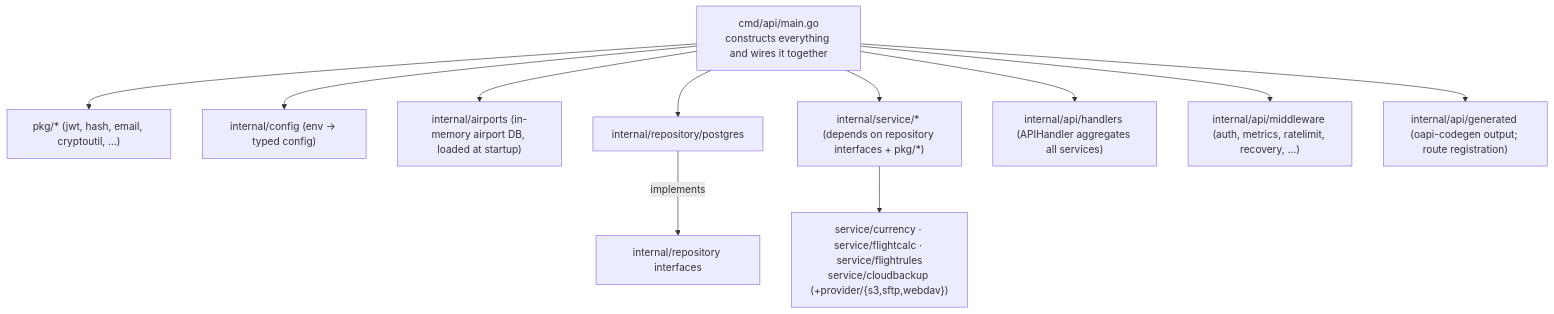
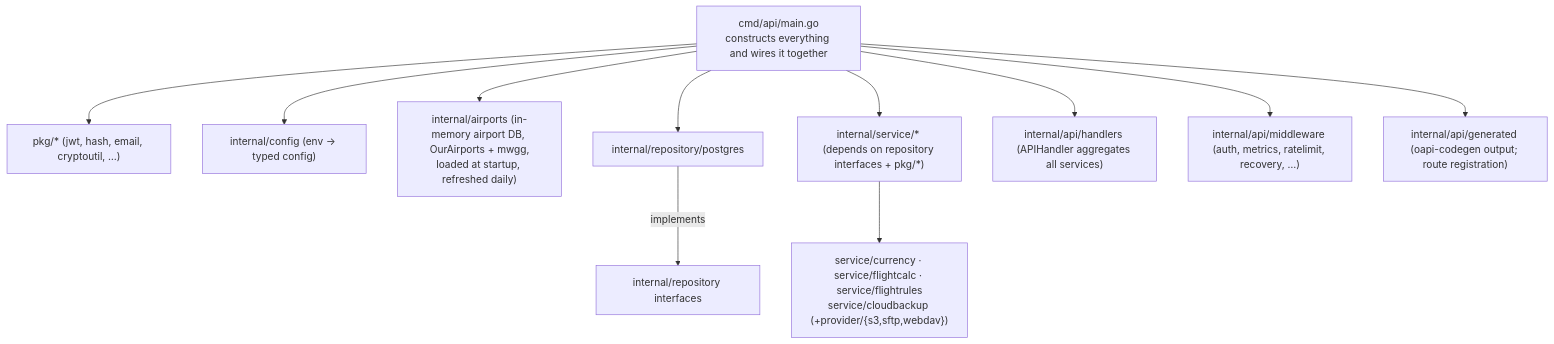
Before and after one commit to fjaeckel/ninerlog-api: the third of 3 diagrams in docs/ARCHITECTURE.md, drawn with Mermaid. The commit also changed other lines of this file and 21 other files, not shown here.

First line of the commit message:
feat(airports): merge mwgg dataset, refresh daily, add metrics (#143)

````diff
--- a/docs/ARCHITECTURE.md
+++ b/docs/ARCHITECTURE.md
@@ -63,15 +63,15 @@
 ```mermaid
 flowchart TD
     MAIN["cmd/api/main.go<br/>constructs everything and wires it together"]
     MAIN --> PKG["pkg/* (jwt, hash, email, cryptoutil, …)"]
     MAIN --> CFG["internal/config (env → typed config)"]
-    MAIN --> AIR["internal/airports (in-memory airport DB, loaded at startup)"]
+    MAIN --> AIR["internal/airports (in-memory airport DB, OurAirports + mwgg,<br/>loaded at startup, refreshed daily)"]
     MAIN --> PG["internal/repository/postgres"]
     MAIN --> SVC["internal/service/* (depends on repository interfaces + pkg/*)"]
     MAIN --> HND["internal/api/handlers (APIHandler aggregates all services)"]
     MAIN --> MW["internal/api/middleware (auth, metrics, ratelimit, recovery, …)"]
     MAIN --> GEN["internal/api/generated (oapi-codegen output; route registration)"]
 
     PG -->|implements| REPO["internal/repository interfaces"]
     SVC --> SUB["service/currency · service/flightcalc · service/flightrules<br/>service/cloudbackup (+provider/{s3,sftp,webdav})"]
 ```
````
